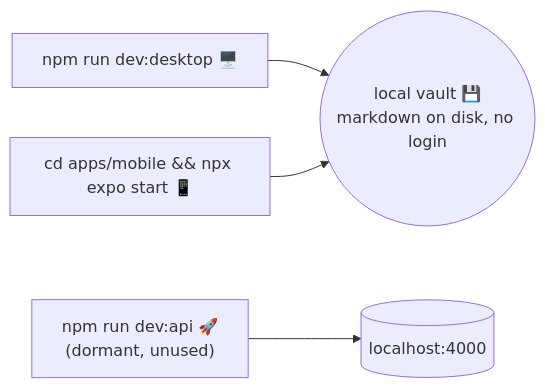
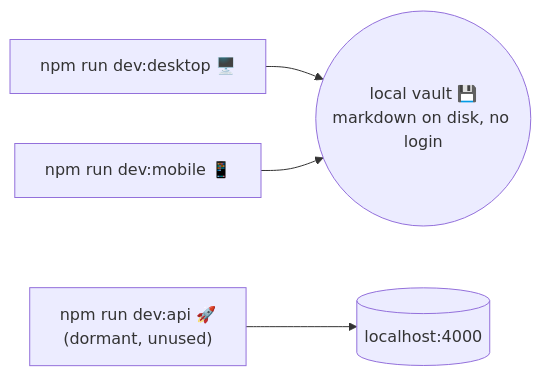
The second of 2 diagrams in README.md (sunil3092/Simplekasten), drawn with Mermaid before and after one commit. The commit also changed other lines of this file and 39 other files, not shown here.

````diff
--- a/README.md
+++ b/README.md
@@ -76,6 +75,6 @@
 ```mermaid
 flowchart LR
     C["npm run dev:desktop 🖥️"] --> F(("local vault 💾<br/>markdown on disk, no login"))
-    G["cd apps/mobile && npx expo start 📱"] --> F
+    G["npm run dev:mobile 📱"] --> F
     A["npm run dev:api 🚀<br/>(dormant, unused)"] --> D[("localhost:4000")]
 ```
````
